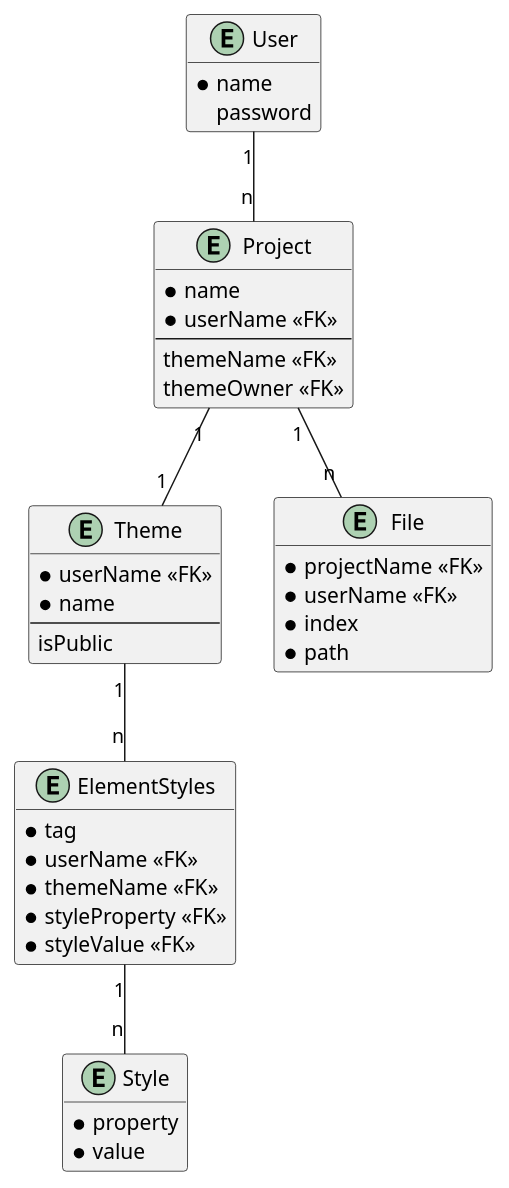
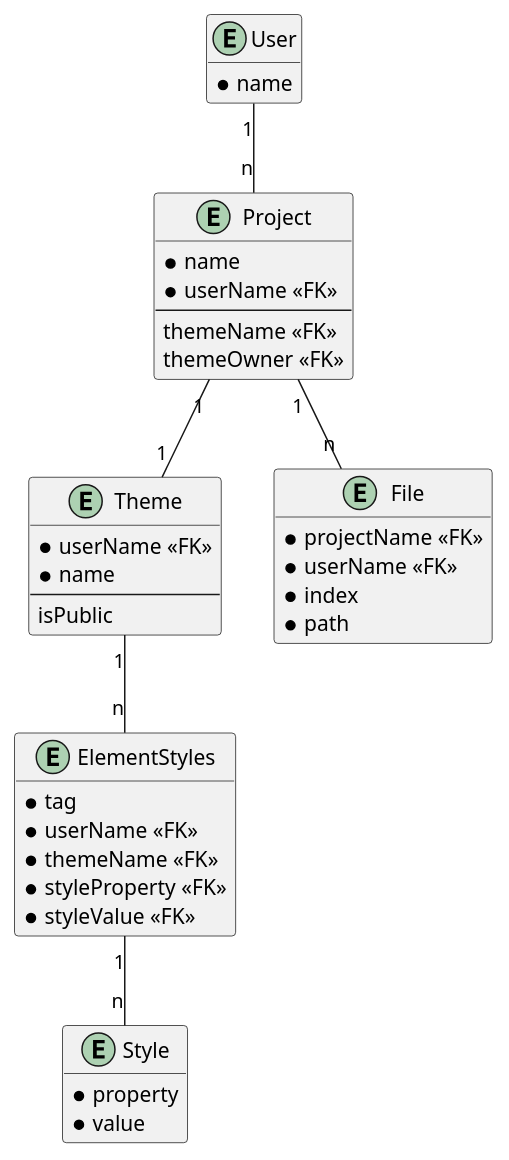
One commit to 2324-3bhif-teaching/StaticSiteGenerator changed the diagram in docs/entityRelationshipDiagram.puml. Above: the diagram before and after it, drawn with PlantUML. The commit also changed 4 other files, not shown here.

```diff
--- a/docs/entityRelationshipDiagram.puml
+++ b/docs/entityRelationshipDiagram.puml
@@ -1,57 +1,56 @@
 @startuml a
 hide empty fields
 hide empty methods
 
 entity Theme
 {
   * userName <<FK>>
   * name
   --
   isPublic
 }
 
 entity ElementStyles
 {
   * tag
   * userName <<FK>>
   * themeName <<FK>>
   * styleProperty <<FK>>
   * styleValue <<FK>>
 }
 
 entity Style
 {
   * property
   * value
 }
 
 entity Project
 {
   * name
   * userName <<FK>>
   --
   themeName <<FK>>
   themeOwner <<FK>>
 }
 
 entity File
 {
   * projectName <<FK>>
   * userName <<FK>>
   * index
   * path
 }
 
 entity User
 {
   * name
-  password
 }
 
 Theme "1" -- "n" ElementStyles
 ElementStyles "1" -- "n" Style
 User "1" -- "n" Project
 Project "1" -- "1" Theme
 Project "1" -- "n" File
 
 @enduml
```
